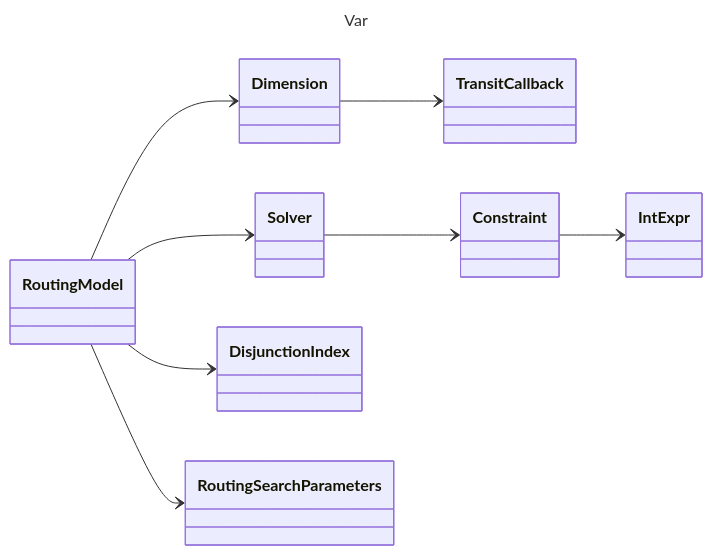
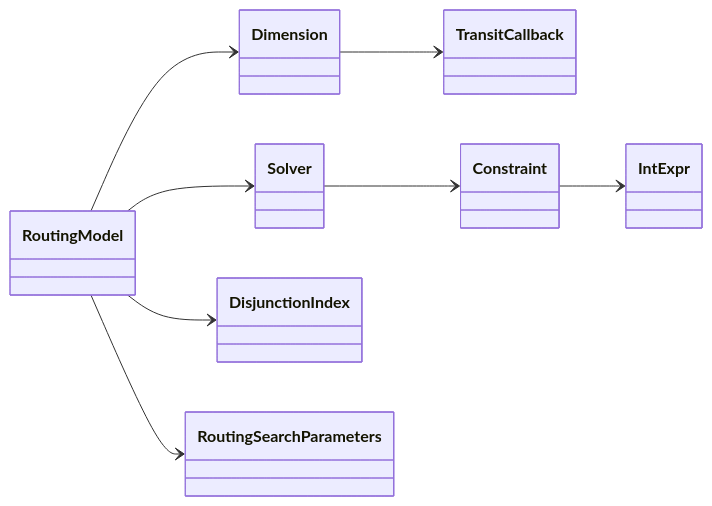
The diagram in input/index.md (prometheusalpha/or-tools-architecture), drawn with Mermaid before and after one commit. The commit also changed 4 other files, not shown here.

````diff
--- a/input/index.md
+++ b/input/index.md
@@ -1,14 +4,11 @@
 ```mermaid
----
-title: Var
----
 classDiagram
   direction LR
   RoutingModel --> Dimension
   Dimension --> TransitCallback
   RoutingModel --> Solver
   Solver --> Constraint
   Constraint --> IntExpr
   RoutingModel --> DisjunctionIndex
   RoutingModel --> RoutingSearchParameters
 ```
````
